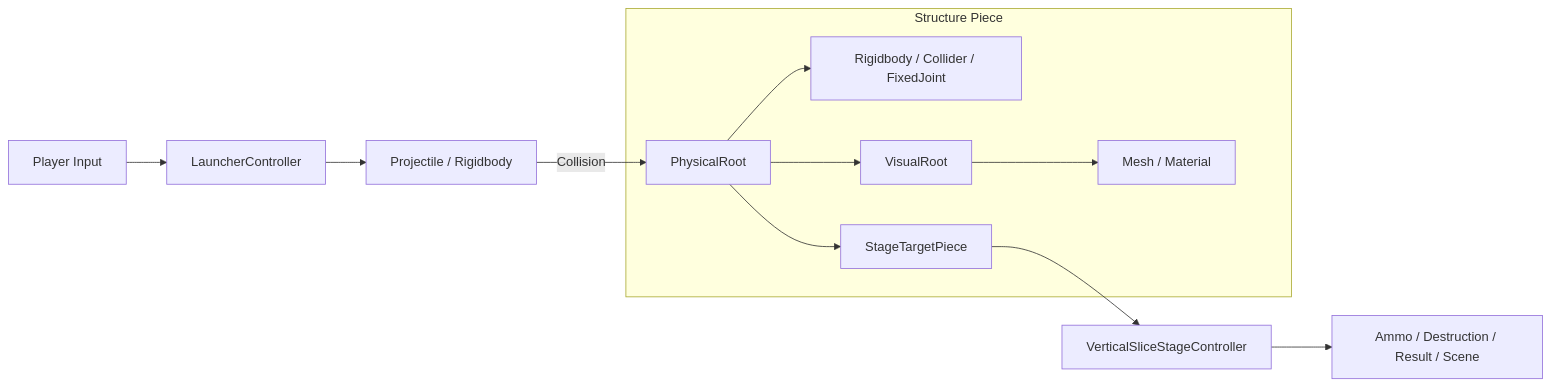
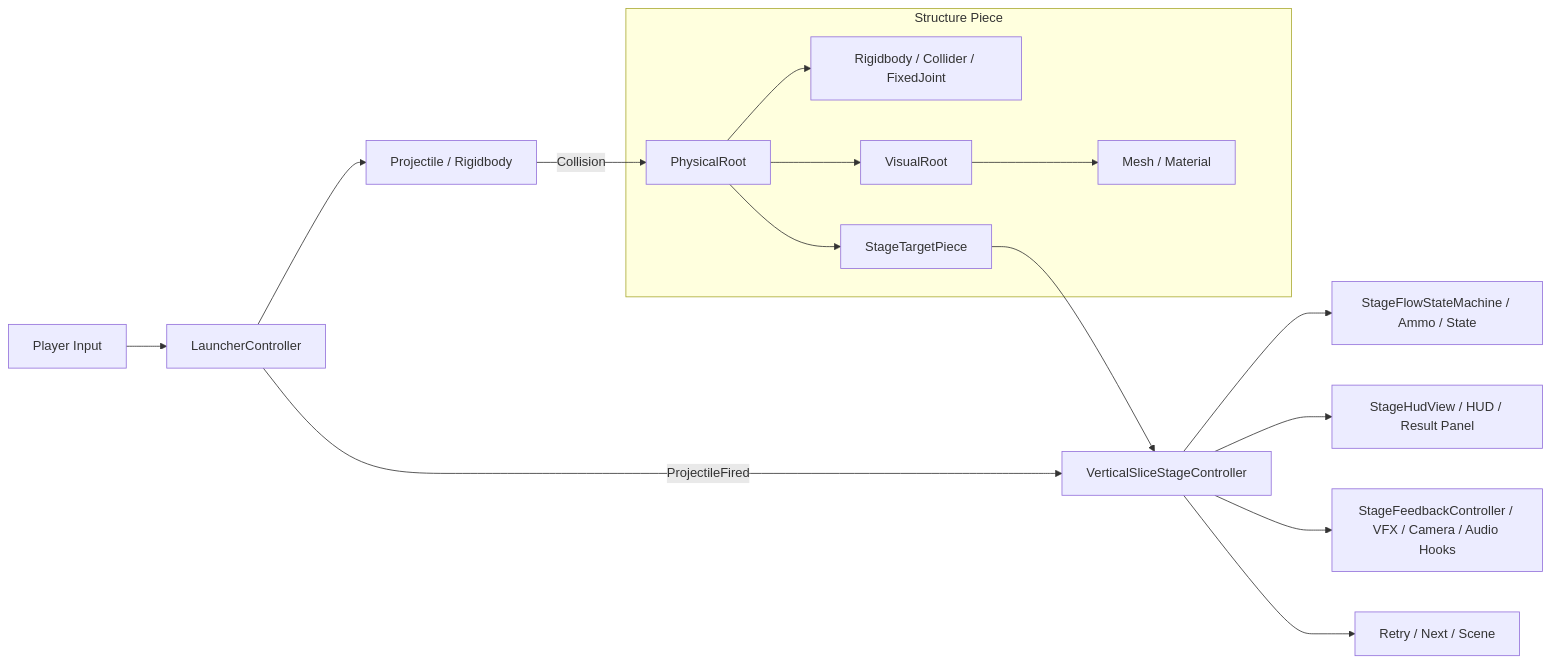
One commit to junly21/demolition-lab changed the diagram in README.md. Above: the diagram before and after it, drawn with Mermaid. The commit also changed other lines of this file, not shown here.

Commit message:
docs: reflect refactored architecture and validation status

````diff
--- a/README.md
+++ b/README.md
@@ -53,16 +53,20 @@
 ```mermaid
 flowchart LR
     Input[Player Input] --> Launcher[LauncherController]
     Launcher --> Projectile[Projectile / Rigidbody]
+    Launcher -->|ProjectileFired| Stage[VerticalSliceStageController]
     Projectile -->|Collision| PhysicalRoot
 
     subgraph Piece[Structure Piece]
         PhysicalRoot --> Physics[Rigidbody / Collider / FixedJoint]
         PhysicalRoot --> Target[StageTargetPiece]
         PhysicalRoot --> VisualRoot
         VisualRoot --> Visual[Mesh / Material]
     end
 
-    Target --> Stage[VerticalSliceStageController]
-    Stage --> Result[Ammo / Destruction / Result / Scene]
+    Target --> Stage
+    Stage --> Flow[StageFlowStateMachine / Ammo / State]
+    Stage --> Hud[StageHudView / HUD / Result Panel]
+    Stage --> Feedback[StageFeedbackController / VFX / Camera / Audio Hooks]
+    Stage --> Scene[Retry / Next / Scene]
 ```
````
